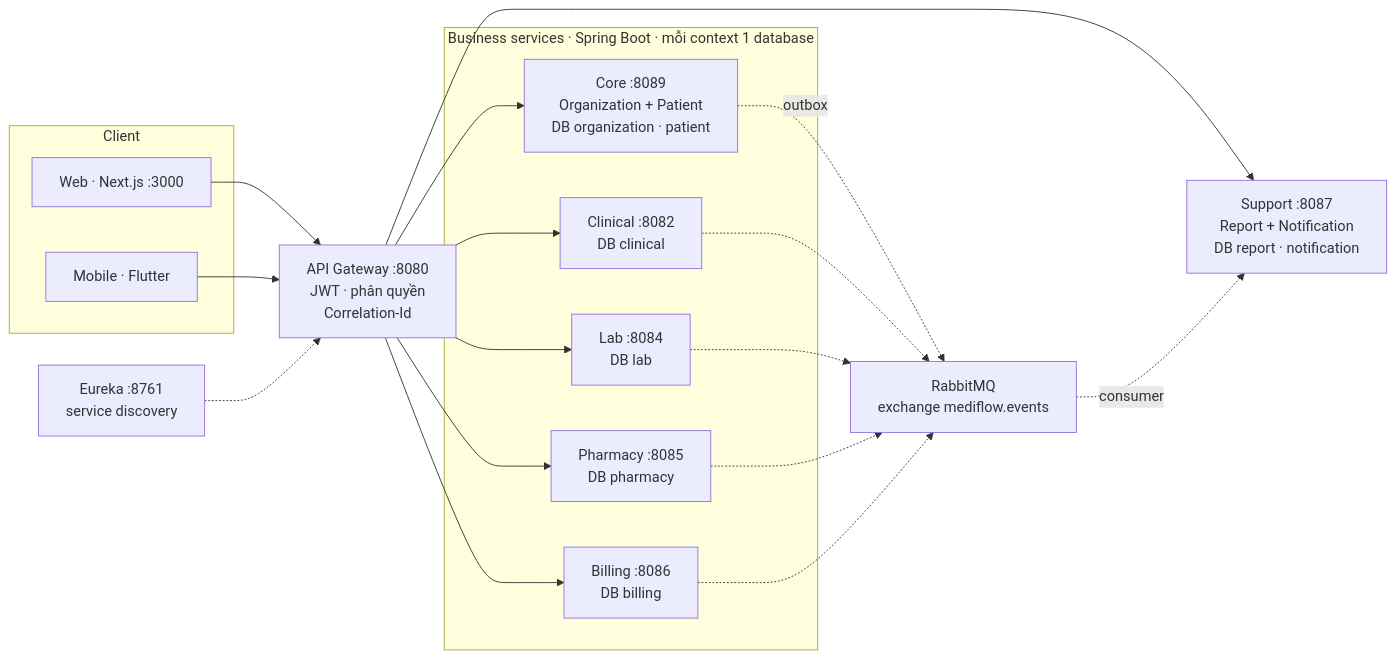
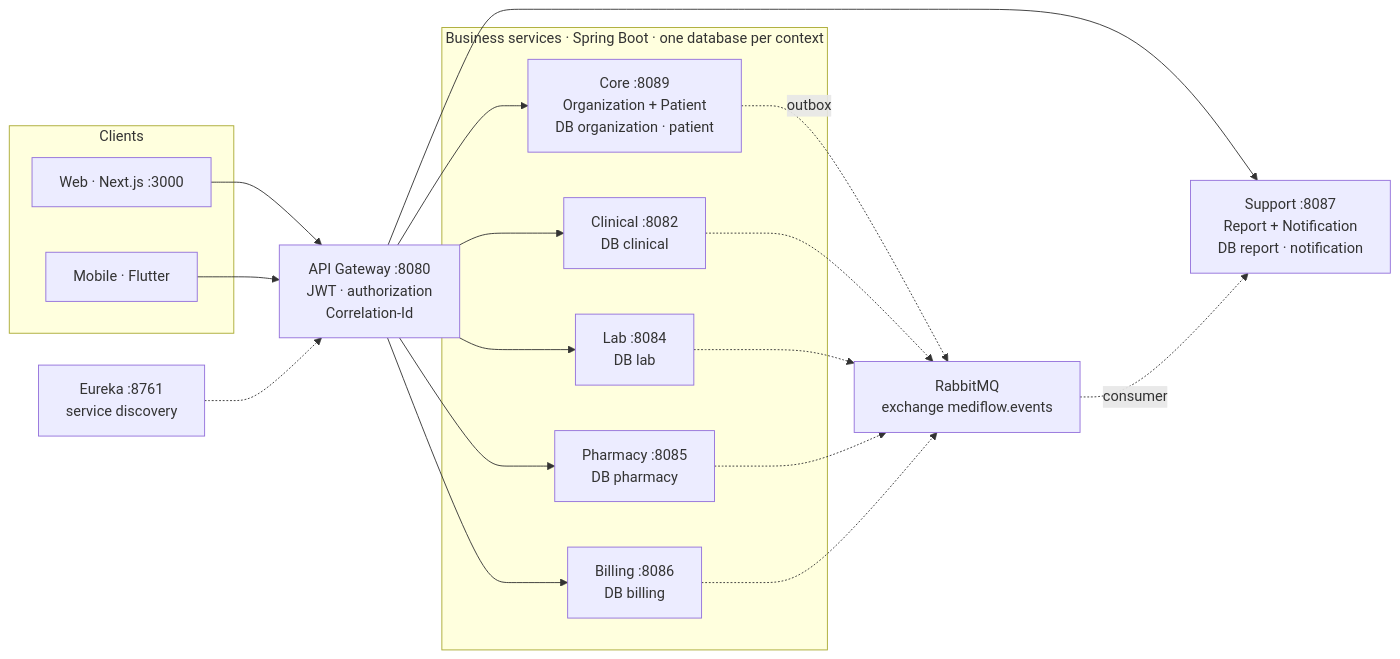
The diagram in scripts/demo_25_10/artifacts/service-demo/diagrams/05.mmd (Dangvinh77/MediFlow), drawn with Mermaid before and after one commit. The commit also changed 9 other files, not shown here.

```diff
--- a/scripts/demo_25_10/artifacts/service-demo/diagrams/05.mmd
+++ b/scripts/demo_25_10/artifacts/service-demo/diagrams/05.mmd
@@ -1,31 +1,31 @@
 flowchart LR
-subgraph CL["Client"]
+subgraph CL["Clients"]
 W["Web · Next.js :3000"]
 MO["Mobile · Flutter"]
 end
 E["Eureka :8761<br/>service discovery"]
-G["API Gateway :8080<br/>JWT · phân quyền<br/>Correlation-Id"]
-subgraph APP["Business services · Spring Boot · mỗi context 1 database"]
+G["API Gateway :8080<br/>JWT · authorization<br/>Correlation-Id"]
+subgraph APP["Business services · Spring Boot · one database per context"]
 CO["Core :8089<br/>Organization + Patient<br/>DB organization · patient"]
 CI["Clinical :8082<br/>DB clinical"]
 LA["Lab :8084<br/>DB lab"]
 PC["Pharmacy :8085<br/>DB pharmacy"]
 BI["Billing :8086<br/>DB billing"]
 end
 MQ["RabbitMQ<br/>exchange mediflow.events"]
 SU["Support :8087<br/>Report + Notification<br/>DB report · notification"]
 W --> G
 MO --> G
 E -.-> G
 G --> CO
 G --> CI
 G --> LA
 G --> PC
 G --> BI
 G --> SU
 CO -.->|"outbox"| MQ
 CI -.-> MQ
 LA -.-> MQ
 PC -.-> MQ
 BI -.-> MQ
 MQ -.->|"consumer"| SU
```
